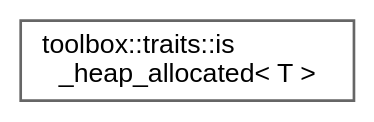
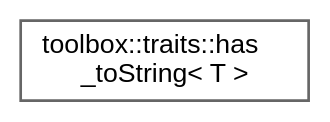
One commit to nerdneilsfield/cpp-toolbox changed the diagram in inherit_graph_46.dot. Above: the diagram before and after it, drawn with Graphviz. The commit also changed 225 other files, not shown here.

```diff
--- a/inherit_graph_46.dot
+++ b/inherit_graph_46.dot
@@ -1,9 +1,9 @@
 digraph "Graphical Class Hierarchy"
 {
  // LATEX_PDF_SIZE
   bgcolor="transparent";
   edge [fontname=Helvetica,fontsize=10,labelfontname=Helvetica,labelfontsize=10];
   node [fontname=Helvetica,fontsize=10,shape=box,height=0.2,width=0.4];
   rankdir="LR";
-  Node0 [id="Node000000",label="toolbox::traits::is\l_heap_allocated\< T \>",height=0.2,width=0.4,color="grey40", fillcolor="white", style="filled",URL="$structtoolbox_1_1traits_1_1is__heap__allocated.html",tooltip="检查类型是否必须堆分配/Check if type must be heap allocated"];
+  Node0 [id="Node000000",label="toolbox::traits::has\l_toString\< T \>",height=0.2,width=0.4,color="grey40", fillcolor="white", style="filled",URL="$structtoolbox_1_1traits_1_1has__to_string.html",tooltip="检查类型是否有toString方法(C++17之前版本)/Check if type has toString method (pre-C++17 version)"];
 }
```
